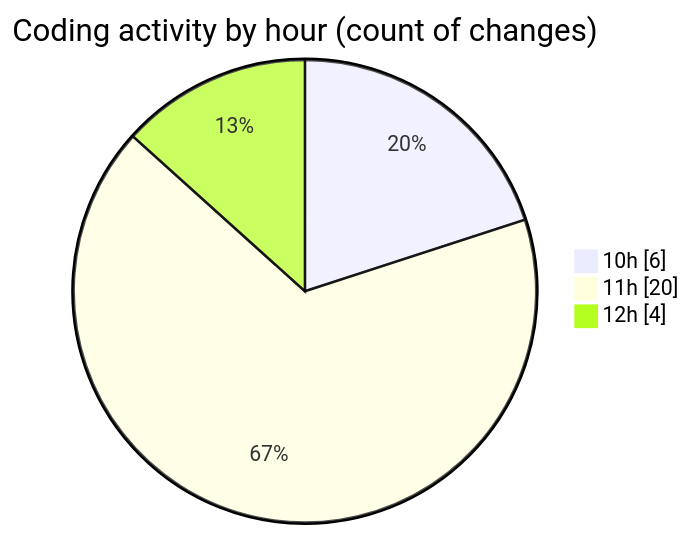
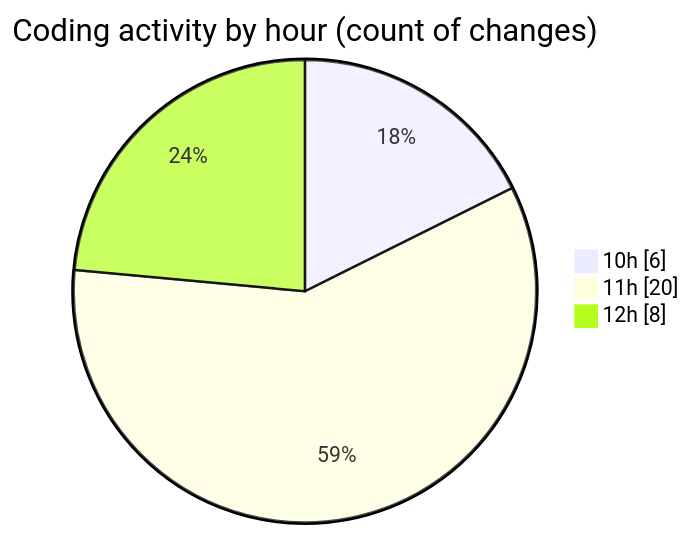
The second of 2 diagrams in 2025-05-05/nxtqube_webapp/README.md (nxtqubesakshisongat/code-tracking), drawn with Mermaid before and after one commit. The commit also changed other lines of this file and 1 other file, not shown here.

````diff
--- a/2025-05-05/nxtqube_webapp/README.md
+++ b/2025-05-05/nxtqube_webapp/README.md
@@ -28,7 +28,7 @@
 ```mermaid
 pie showData
 title Coding activity by hour (count of changes)
 "10h" : 6
 "11h" : 20
-"12h" : 4
+"12h" : 8
 ```
````
